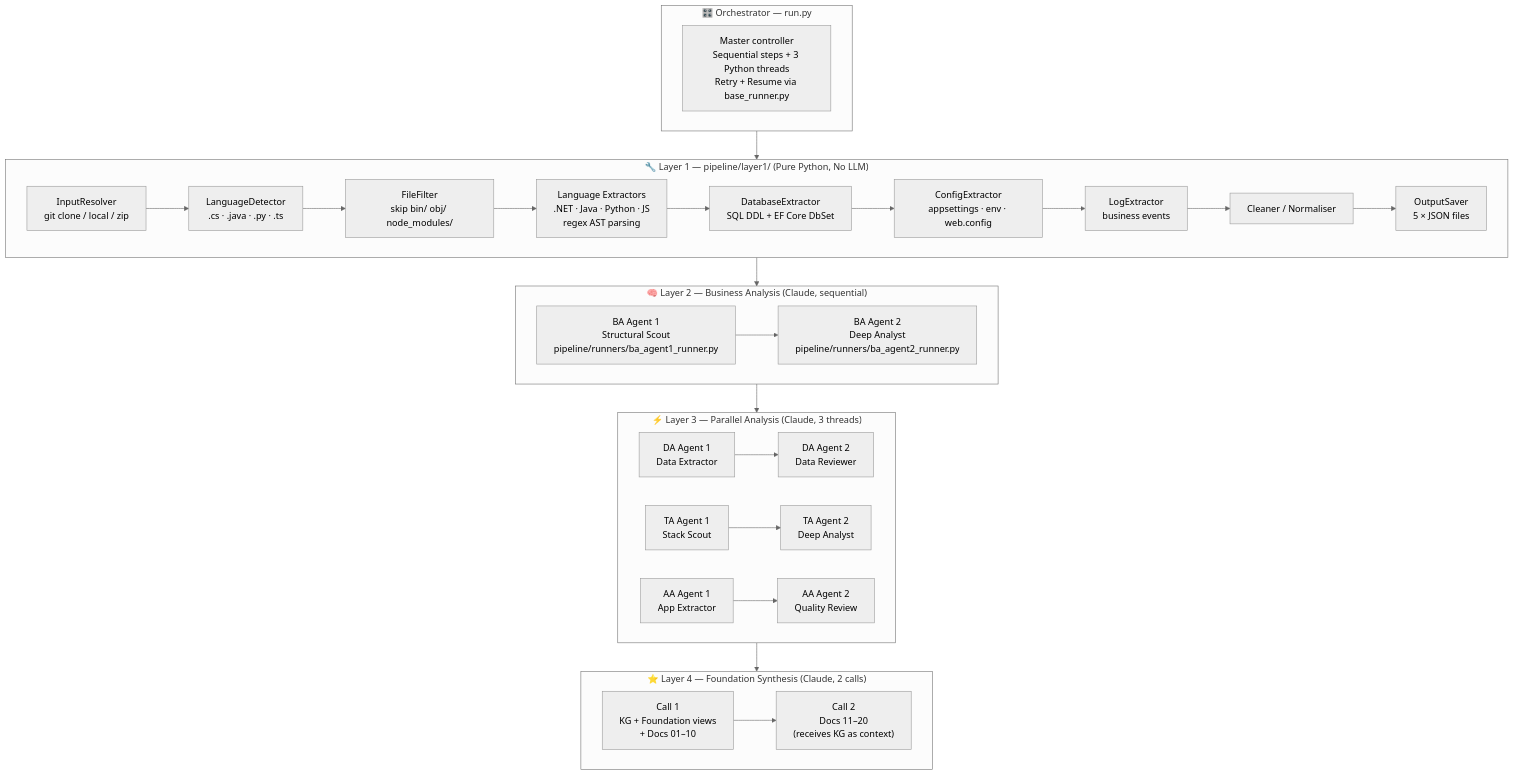
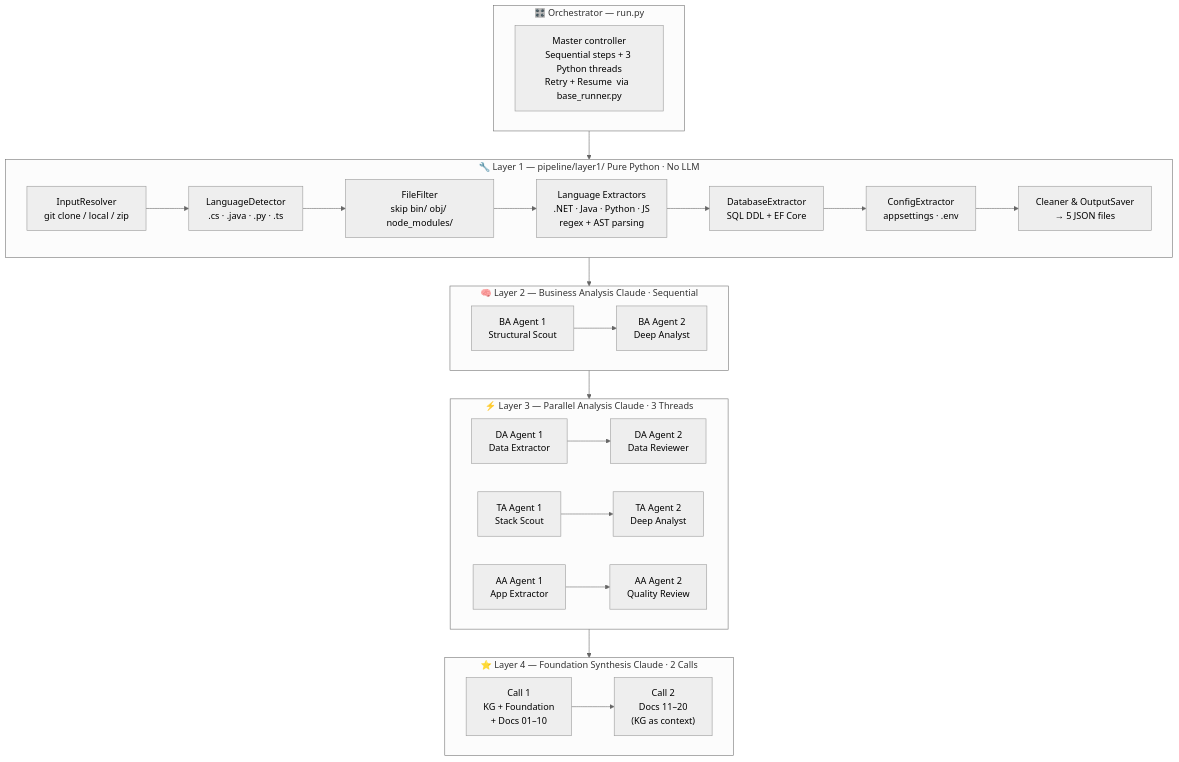
Before and after one commit to jayaprakash2207/standard---eShopOnWeb-ForwardEngineering: the second of 3 diagrams in README.md, drawn with Mermaid (neutral theme). The commit also changed other lines of this file, not shown here.

Commit message:
Redesign README with professional visuals: animated header, badges, charts, skill icons

````diff
--- a/README.md
+++ b/README.md
@@ -184,40 +210,35 @@
 ```mermaid
 graph TD
-    subgraph ORCH ["🎛️  Orchestrator — run.py"]
-        RUN["Master controller\nSequential steps + 3 Python threads\nRetry + Resume via base_runner.py"]
+    subgraph ORCH ["🎛️  Orchestrator  —  run.py"]
+        RUN["Master controller\nSequential steps + 3 Python threads\nRetry + Resume  via  base_runner.py"]
     end
 
-    subgraph L1BOX ["🔧  Layer 1 — pipeline/layer1/  (Pure Python, No LLM)"]
+    subgraph L1BOX ["🔧  Layer 1  —  pipeline/layer1/   Pure Python · No LLM"]
         direction LR
         IR["InputResolver\ngit clone / local / zip"] --> LD["LanguageDetector\n.cs · .java · .py · .ts"]
         LD --> FF["FileFilter\nskip bin/ obj/ node_modules/"]
-        FF --> EX["Language Extractors\n.NET · Java · Python · JS\nregex AST parsing"]
-        EX --> DB["DatabaseExtractor\nSQL DDL + EF Core DbSet"]
-        DB --> CF["ConfigExtractor\nappsettings · env · web.config"]
-        CF --> LG["LogExtractor\nbusiness events"]
-        LG --> CL["Cleaner / Normaliser"]
-        CL --> OS["OutputSaver\n5 × JSON files"]
+        FF --> EX["Language Extractors\n.NET · Java · Python · JS\nregex + AST parsing"]
+        EX --> DB["DatabaseExtractor\nSQL DDL + EF Core"]
+        DB --> CF["ConfigExtractor\nappsettings · .env"]
+        CF --> CL["Cleaner & OutputSaver\n→ 5 JSON files"]
     end
 
-    subgraph L2BOX ["🧠  Layer 2 — Business Analysis  (Claude, sequential)"]
+    subgraph L2BOX ["🧠  Layer 2  —  Business Analysis   Claude · Sequential"]
         direction LR
-        BA1S["BA Agent 1\nStructural Scout\npipeline/runners/ba_agent1_runner.py"] --> BA2S["BA Agent 2\nDeep Analyst\npipeline/runners/ba_agent2_runner.py"]
+        BA1S["BA Agent 1\nStructural Scout"] --> BA2S["BA Agent 2\nDeep Analyst"]
     end
 
-    subgraph L3BOX ["⚡  Layer 3 — Parallel Analysis  (Claude, 3 threads)"]
+    subgraph L3BOX ["⚡  Layer 3  —  Parallel Analysis   Claude · 3 Threads"]
         direction LR
         DA1S["DA Agent 1\nData Extractor"] --> DA2S["DA Agent 2\nData Reviewer"]
         TA1S["TA Agent 1\nStack Scout"] --> TA2S["TA Agent 2\nDeep Analyst"]
         AA1S["AA Agent 1\nApp Extractor"] --> AA2S["AA Agent 2\nQuality Review"]
     end
 
-    subgraph L4BOX ["⭐  Layer 4 — Foundation Synthesis  (Claude, 2 calls)"]
+    subgraph L4BOX ["⭐  Layer 4  —  Foundation Synthesis   Claude · 2 Calls"]
         direction LR
-        C1["Call 1\nKG + Foundation views\n+ Docs 01–10"] --> C2["Call 2\nDocs 11–20\n(receives KG as context)"]
+        C1["Call 1\nKG + Foundation\n+ Docs 01–10"] --> C2["Call 2\nDocs 11–20\n(KG as context)"]
     end
 
-    ORCH --> L1BOX
-    L1BOX --> L2BOX
-    L2BOX --> L3BOX
-    L3BOX --> L4BOX
+    ORCH --> L1BOX --> L2BOX --> L3BOX --> L4BOX
 ```
````
